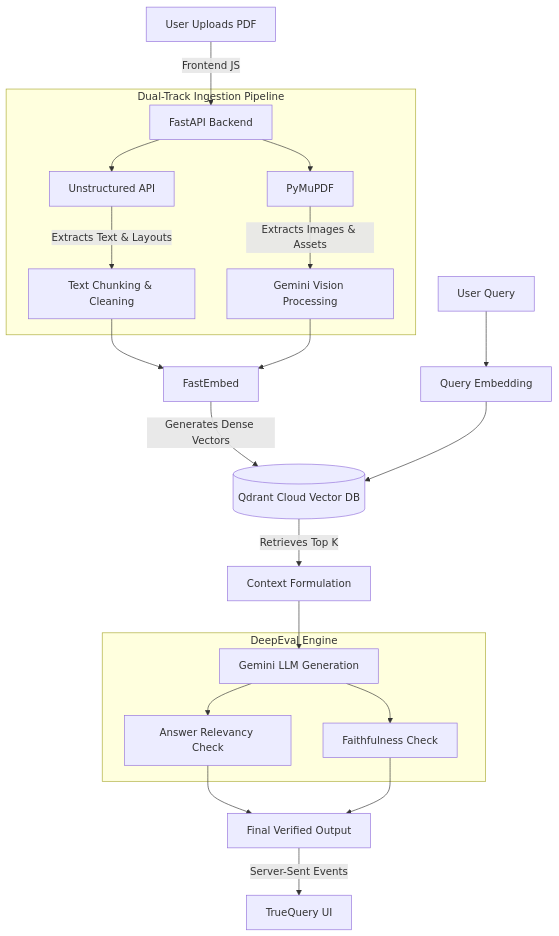
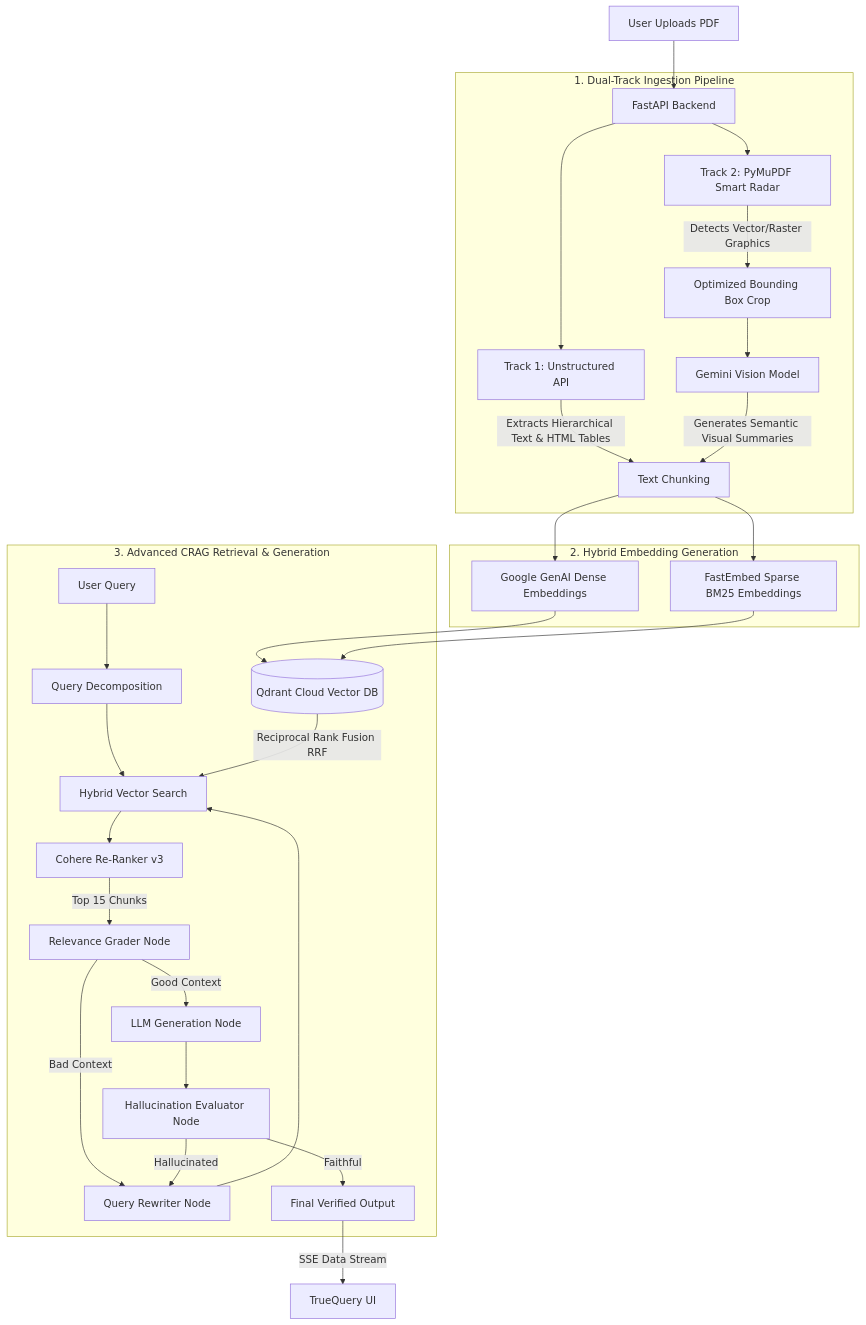
The diagram in README.md (Sid1396-byte/multimodal-crag-engine), drawn with Mermaid before and after one commit. The commit also changed other lines of this file, not shown here.

Commit message:
docs: deeply detail PyMuPDF radar, hybrid search, RRF, and LangGraph routing in README

````diff
--- a/README.md
+++ b/README.md
@@ -15,30 +15,41 @@
 ```mermaid
 graph TD
-    A[User Uploads PDF] -->|Frontend JS| B[FastAPI Backend]
+    A[User Uploads PDF] --> B[FastAPI Backend]
     
-    subgraph Dual-Track Ingestion Pipeline
-        B --> C[Unstructured API]
-        B --> D[PyMuPDF]
-        C -->|Extracts Text & Layouts| E[Text Chunking & Cleaning]
-        D -->|Extracts Images & Assets| F[Gemini Vision Processing]
+    subgraph 1. Dual-Track Ingestion Pipeline
+        B --> C[Track 1: Unstructured API]
+        B --> D[Track 2: PyMuPDF Smart Radar]
+        
+        C -->|Extracts Hierarchical Text & HTML Tables| E[Text Chunking]
+        D -->|Detects Vector/Raster Graphics| F[Optimized Bounding Box Crop]
+        F --> G[Gemini Vision Model]
+        G -->|Generates Semantic Visual Summaries| E
     end
     
-    E --> G[FastEmbed]
-    F --> G
-    
-    G -->|Generates Dense Vectors| H[(Qdrant Cloud Vector DB)]
-    
-    I[User Query] --> J[Query Embedding]
-    J --> H
-    H -->|Retrieves Top K| K[Context Formulation]
-    K --> L[Gemini LLM Generation]
-    
-    subgraph DeepEval Engine
-        L --> M[Answer Relevancy Check]
-        L --> N[Faithfulness Check]
+    subgraph 2. Hybrid Embedding Generation
+        E --> H[Google GenAI Dense Embeddings]
+        E --> I[FastEmbed Sparse BM25 Embeddings]
     end
     
-    M --> O[Final Verified Output]
-    N --> O
-    O -->|Server-Sent Events| P[TrueQuery UI]
+    H --> J[(Qdrant Cloud Vector DB)]
+    I --> J
+    
+    subgraph 3. Advanced CRAG Retrieval & Generation
+        K[User Query] --> L[Query Decomposition]
+        L --> M[Hybrid Vector Search]
+        J -->|Reciprocal Rank Fusion RRF| M
+        M --> N[Cohere Re-Ranker v3]
+        N -->|Top 15 Chunks| O[Relevance Grader Node]
+        
+        O -->|Bad Context| P[Query Rewriter Node]
+        P --> M
+        
+        O -->|Good Context| Q[LLM Generation Node]
+        Q --> R[Hallucination Evaluator Node]
+        
+        R -->|Hallucinated| P
+        R -->|Faithful| S[Final Verified Output]
+    end
+    
+    S -->|SSE Data Stream| T[TrueQuery UI]
 ```
````
